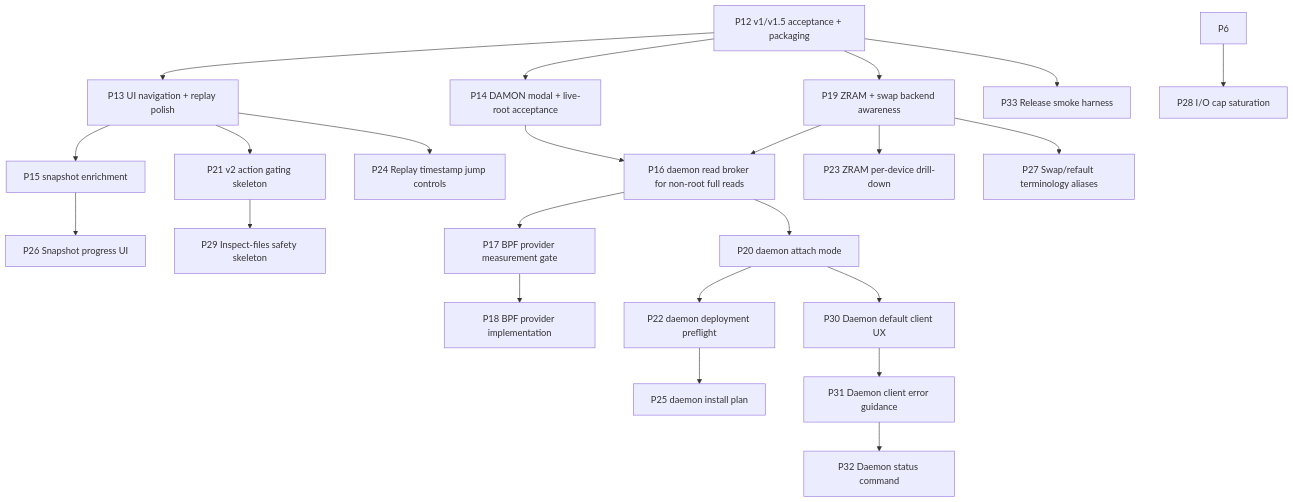
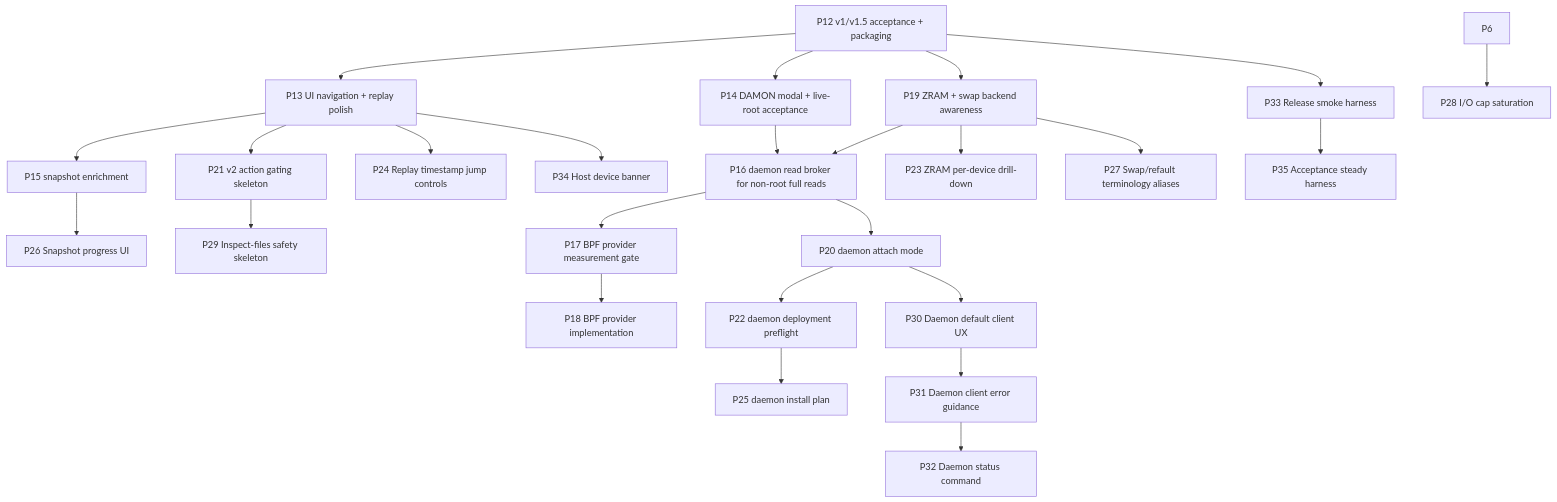
Before and after one commit to volkb79-2/vbpub: the diagram in groop/docs/ROADMAP.md, drawn with Mermaid. The commit also changed other lines of this file and 3 other files, not shown here.

````diff
--- a/groop/docs/ROADMAP.md
+++ b/groop/docs/ROADMAP.md
@@ -27,25 +27,27 @@
 ```mermaid
 flowchart TD
     P12[P12 v1/v1.5 acceptance + packaging] --> P13[P13 UI navigation + replay polish]
     P12 --> P14[P14 DAMON modal + live-root acceptance]
     P13 --> P15[P15 snapshot enrichment]
     P12 --> P19[P19 ZRAM + swap backend awareness]
     P19 --> P16[P16 daemon read broker for non-root full reads]
     P14 --> P16
     P16 --> P17[P17 BPF provider measurement gate]
     P17 --> P18[P18 BPF provider implementation]
     P16 --> P20[P20 daemon attach mode]
     P20 --> P22[P22 daemon deployment preflight]
     P22 --> P25[P25 daemon install plan]
     P13 --> P21[P21 v2 action gating skeleton]
     P19 --> P23[P23 ZRAM per-device drill-down]
     P13 --> P24[P24 Replay timestamp jump controls]
     P15 --> P26[P26 Snapshot progress UI]
     P19 --> P27[P27 Swap/refault terminology aliases]
     P6 --> P28[P28 I/O cap saturation]
     P21 --> P29[P29 Inspect-files safety skeleton]
     P20 --> P30[P30 Daemon default client UX]
     P30 --> P31[P31 Daemon client error guidance]
     P31 --> P32[P32 Daemon status command]
     P12 --> P33[P33 Release smoke harness]
+    P33 --> P35[P35 Acceptance steady harness]
+    P13 --> P34[P34 Host device banner]
 ```
````
